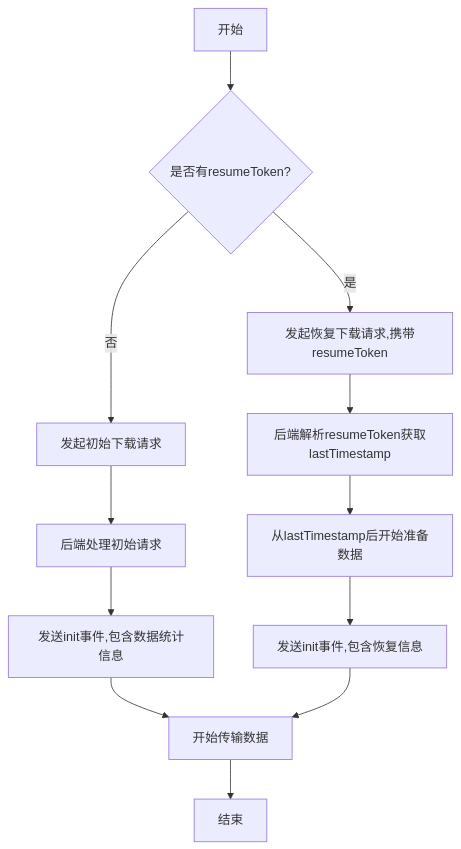
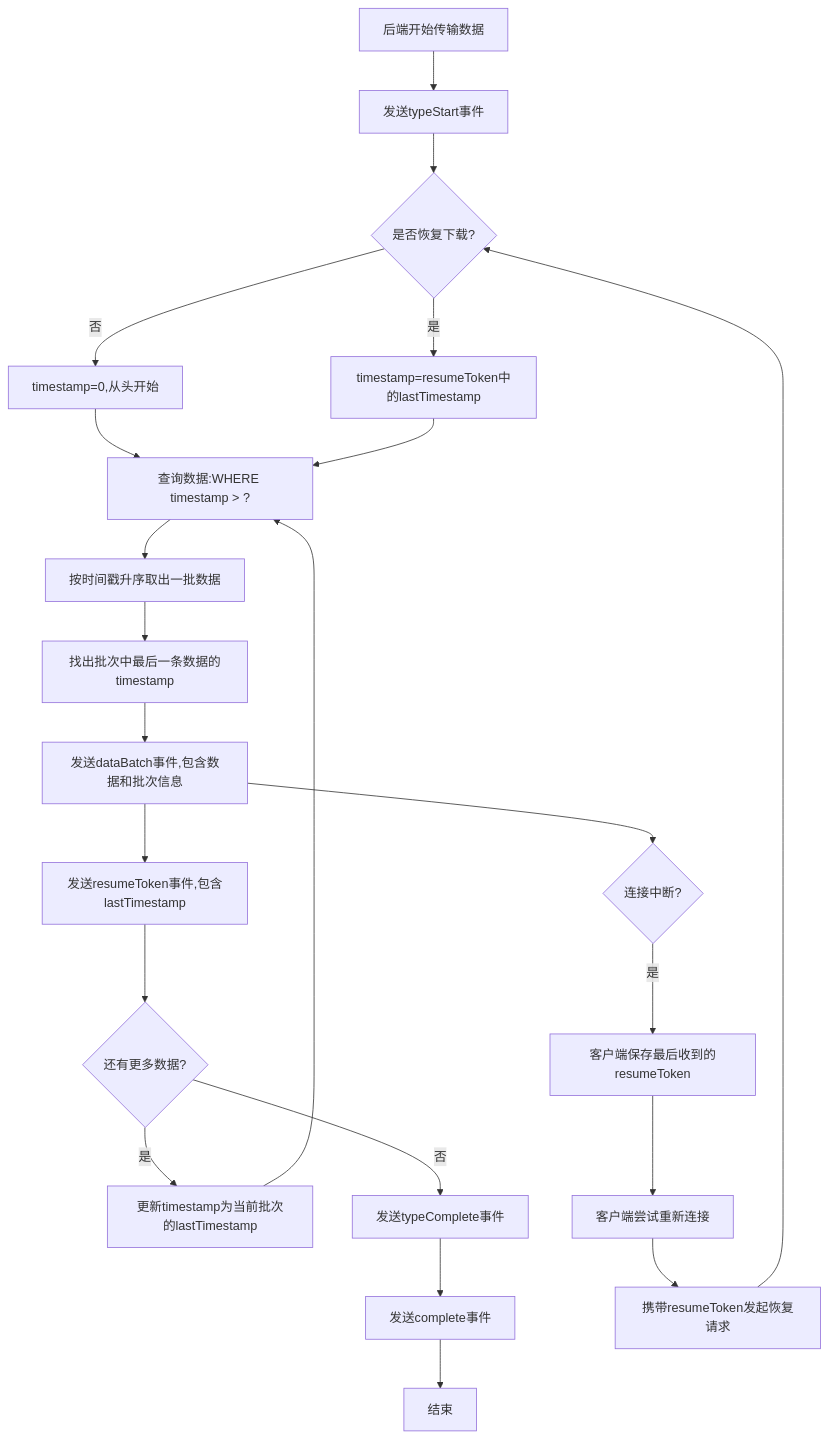
One commit to yingjianzh/iodraw-files changed the diagram in all/未命名-59.md. Above: the diagram before and after it, drawn with Mermaid.

Commit message:
2025-05-14 15:15:23 update

````diff
--- a/all/未命名-59.md
+++ b/all/未命名-59.md
@@ -1,17 +1,32 @@
 ```mermaid
 flowchart TD
-    A[开始] --> B{是否有resumeToken?}
-    B -->|否| C[发起初始下载请求]
-    B -->|是| D[发起恢复下载请求,携带resumeToken]
+    A[后端开始传输数据] --> B[发送typeStart事件]
     
-    C --> E[后端处理初始请求]
-    D --> F[后端解析resumeToken获取lastTimestamp]
-    F --> G[从lastTimestamp后开始准备数据]
+    B --> C{是否恢复下载?}
+    C -->|否| D[timestamp=0,从头开始]
+    C -->|是| E[timestamp=resumeToken中的lastTimestamp]
     
-    E --> H[发送init事件,包含数据统计信息]
-    G --> I[发送init事件,包含恢复信息]
+    D --> F[查询数据:WHERE timestamp > ?]
+    E --> F
     
-    H --> J[开始传输数据]
-    I --> J
-    J --> K[结束]
+    F --> G[按时间戳升序取出一批数据]
+    G --> H[找出批次中最后一条数据的timestamp]
+    
+    H --> I[发送dataBatch事件,包含数据和批次信息]
+    I --> J[发送resumeToken事件,包含lastTimestamp]
+    
+    J --> K{还有更多数据?}
+    K -->|是| L[更新timestamp为当前批次的lastTimestamp]
+    L --> F
+    
+    K -->|否| M[发送typeComplete事件]
+    M --> N[发送complete事件]
+    N --> O[结束]
+    
+    %% 中断处理
+    I --> P{连接中断?}
+    P -->|是| Q[客户端保存最后收到的resumeToken]
+    Q --> R[客户端尝试重新连接]
+    R --> S[携带resumeToken发起恢复请求]
+    S --> C
 ```
````
